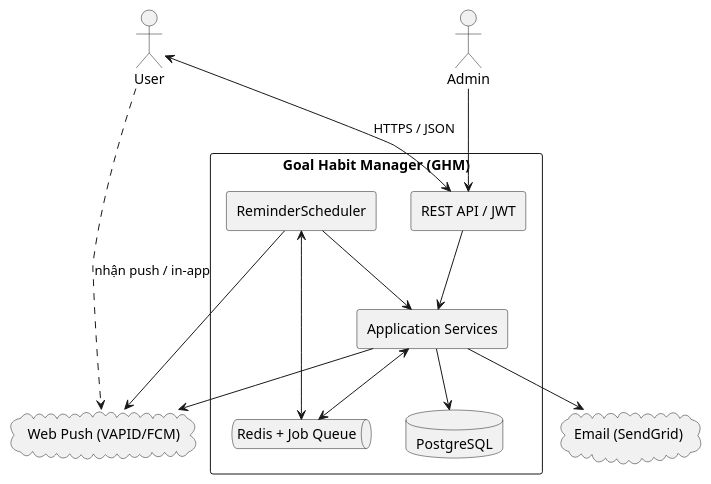
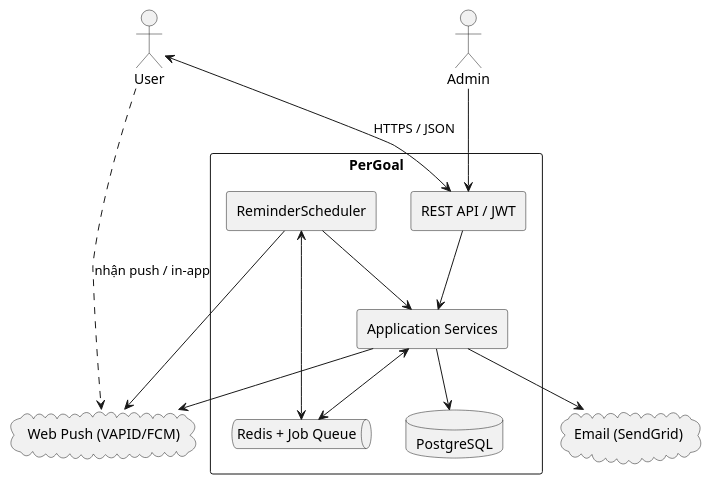
One commit to Musual-Moncra/MH-OOAD changed the fourth of 4 diagrams in graphify-out/workflow/01-tong-quan-he-thong.md. Above: the diagram before and after it, drawn with PlantUML. The commit also changed other lines of this file and 11 other files, not shown here.

Commit message:
Rename project to PerGoal and remove General Markdown.md

````diff
--- a/graphify-out/workflow/01-tong-quan-he-thong.md
+++ b/graphify-out/workflow/01-tong-quan-he-thong.md
@@ -280,31 +280,31 @@
 ```plantuml
 @startuml
 skinparam componentStyle rectangle
 
 actor "User" as User
 actor "Admin" as Admin
 
-component "Goal Habit Manager (GHM)" as GHM {
+component "PerGoal" as PerGoal {
   [REST API / JWT] as API
   [Application Services] as SVC
   [ReminderScheduler] as SCH
   database "PostgreSQL" as DB
   queue "Redis + Job Queue" as RQ
 }
 
 cloud "Web Push (VAPID/FCM)" as PUSH
 cloud "Email (SendGrid)" as EMAIL
 
 User <--> API : HTTPS / JSON
 User ..> PUSH : nhận push / in-app
 Admin --> API
 API --> SVC
 SVC --> DB
 SVC <--> RQ
 SCH <--> RQ
 SCH --> SVC
 SCH --> PUSH
 SVC --> PUSH
 SVC --> EMAIL
 @enduml
 ```
````
